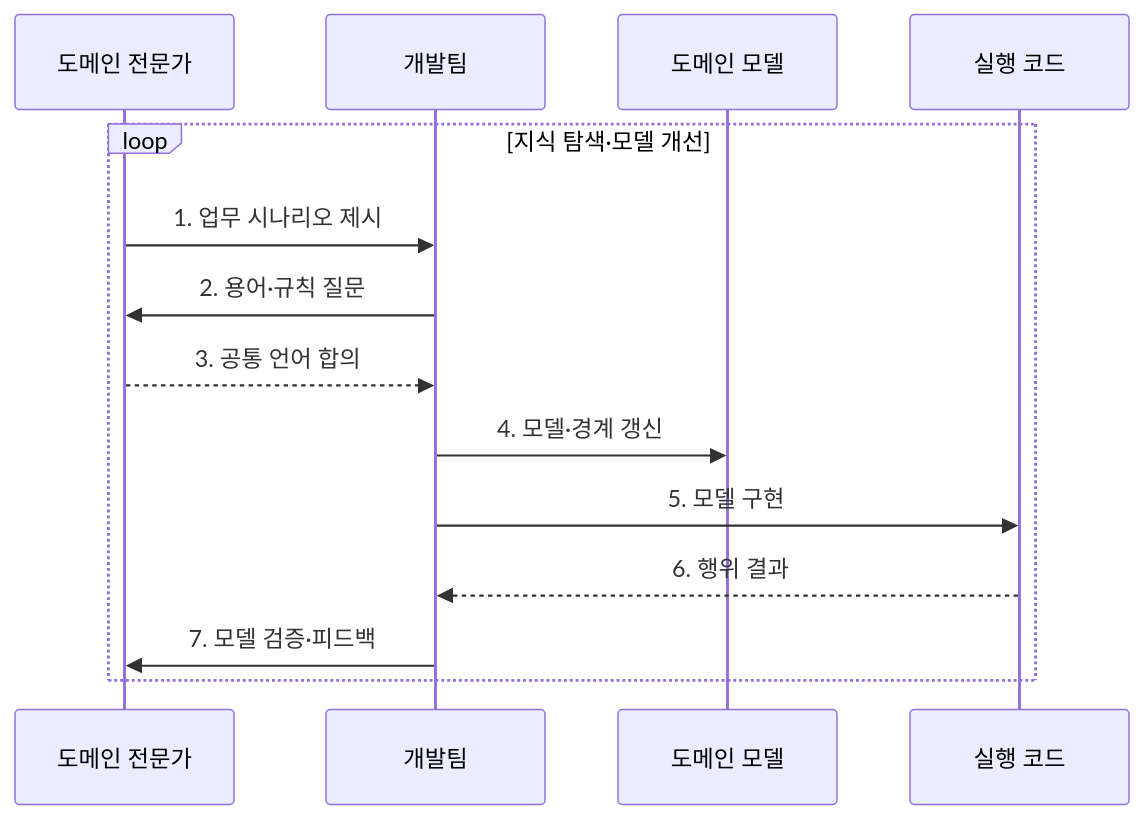
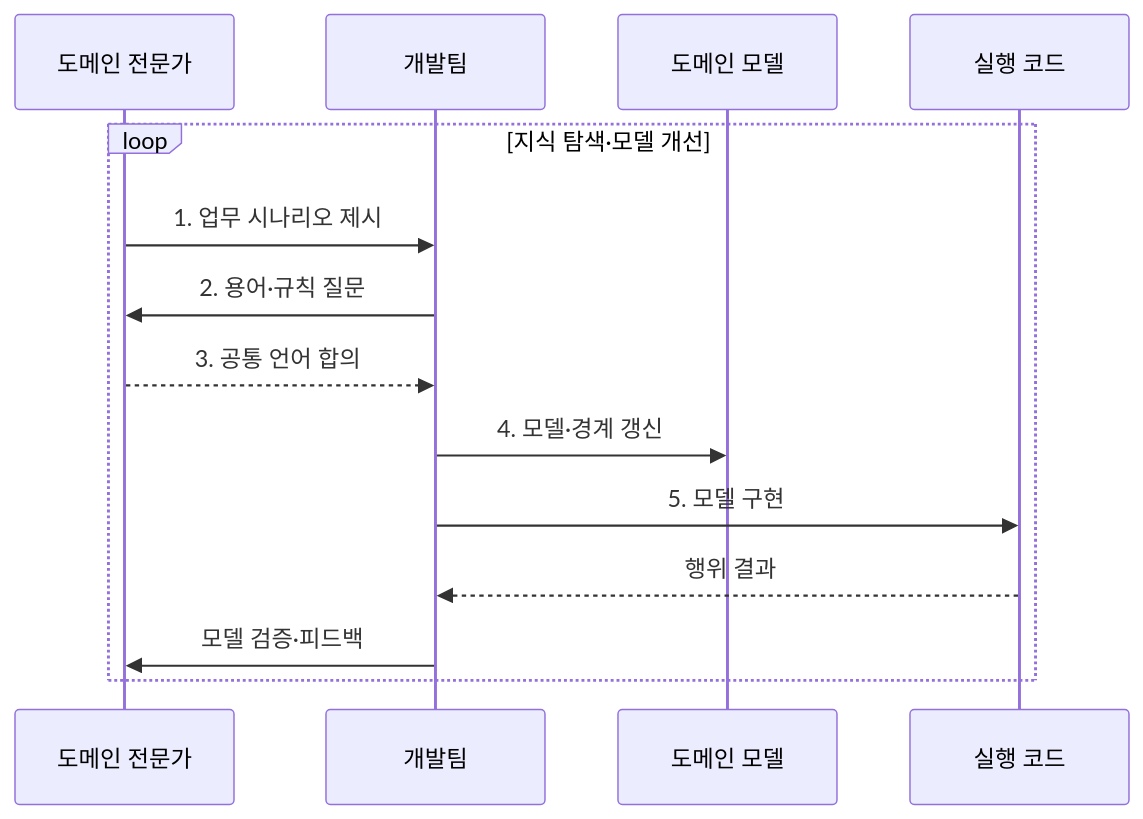
One commit to agnusdei1207/knowledge-base changed the second of 2 diagrams in src/content/docs/notes/03-software/049_domain_driven_design.md. Above: the diagram before and after it, drawn with Mermaid. The commit also changed other lines of this file and 238 other files, not shown here.

````diff
--- a/src/content/docs/notes/03-software/049_domain_driven_design.md
+++ b/src/content/docs/notes/03-software/049_domain_driven_design.md
@@ -87,16 +90,16 @@
 ```mermaid
 sequenceDiagram
     participant E as 도메인 전문가
     participant D as 개발팀
     participant M as 도메인 모델
     participant C as 실행 코드
     loop 지식 탐색·모델 개선
         E->>D: 1. 업무 시나리오 제시
         D->>E: 2. 용어·규칙 질문
         E-->>D: 3. 공통 언어 합의
         D->>M: 4. 모델·경계 갱신
         D->>C: 5. 모델 구현
-        C-->>D: 6. 행위 결과
-        D->>E: 7. 모델 검증·피드백
+        C-->>D: 행위 결과
+        D->>E: 모델 검증·피드백
     end
 ```
````
